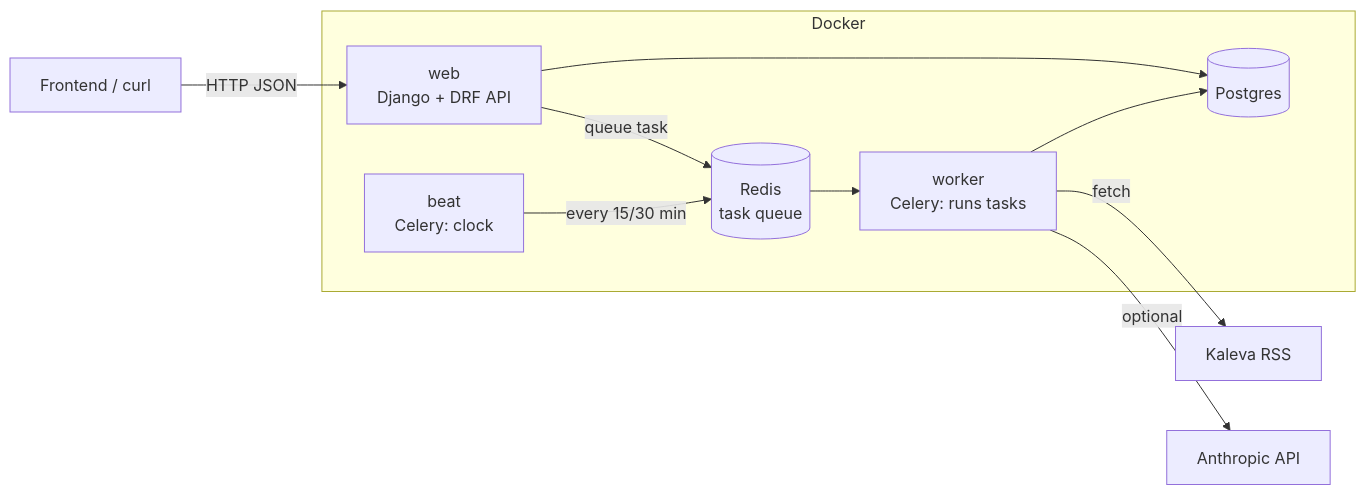
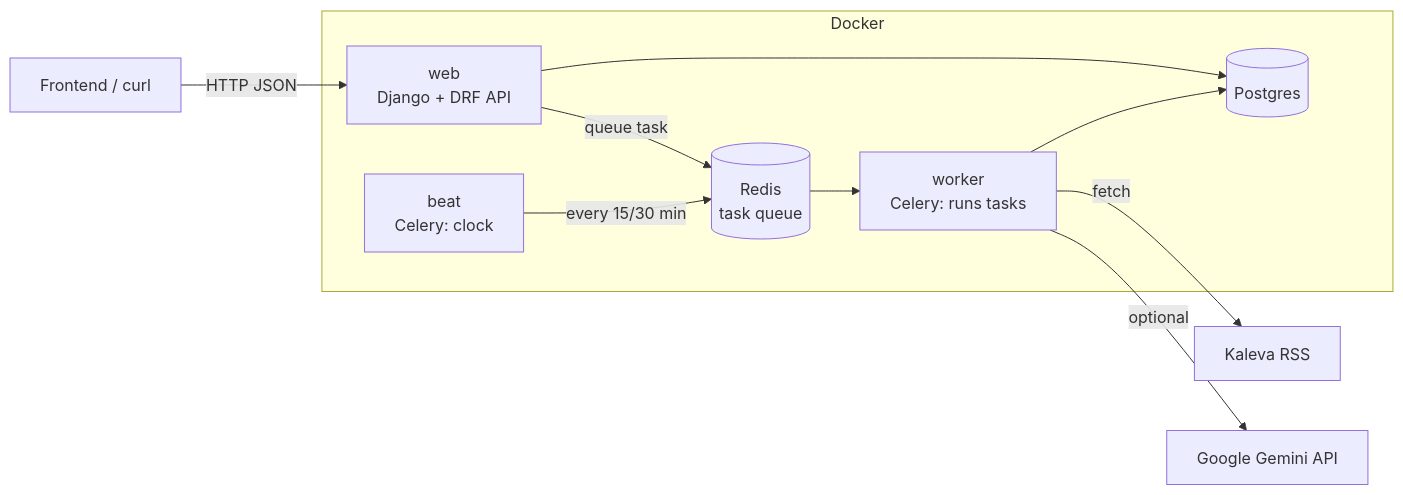
One commit to Mesbahul-Islam/junction-oulu-2026 changed the first of 3 diagrams in docs/GUIDE.md. Above: the diagram before and after it, drawn with Mermaid. The commit also changed other lines of this file and 18 other files, not shown here.

````diff
--- a/docs/GUIDE.md
+++ b/docs/GUIDE.md
@@ -92,18 +106,18 @@
 ```mermaid
 flowchart LR
     subgraph Docker
         web["web<br/>Django + DRF API"]
         worker["worker<br/>Celery: runs tasks"]
         beat["beat<br/>Celery: clock"]
         db[("Postgres")]
         redis[("Redis<br/>task queue")]
     end
     app["Frontend / curl"] -->|HTTP JSON| web
     web --> db
     web -->|"queue task"| redis
     beat -->|"every 15/30 min"| redis
     redis --> worker
     worker --> db
     worker -->|fetch| rss["Kaleva RSS"]
-    worker -->|optional| llm["Anthropic API"]
+    worker -->|optional| llm["Google Gemini API"]
 ```
````
